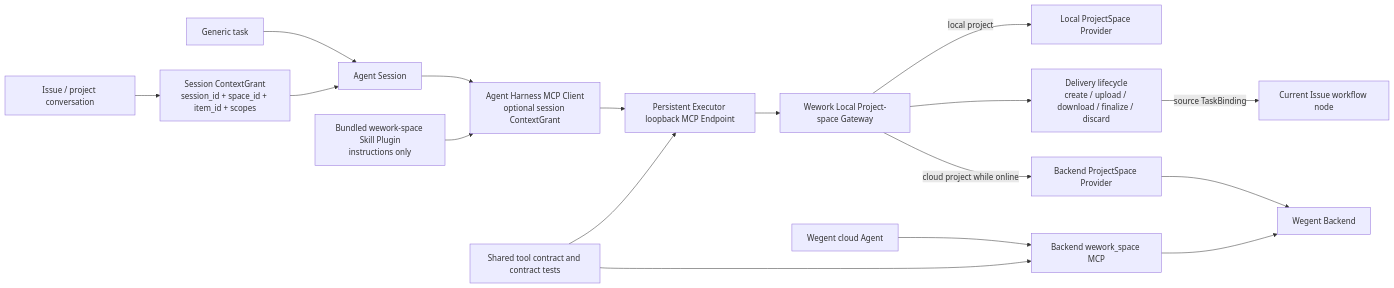
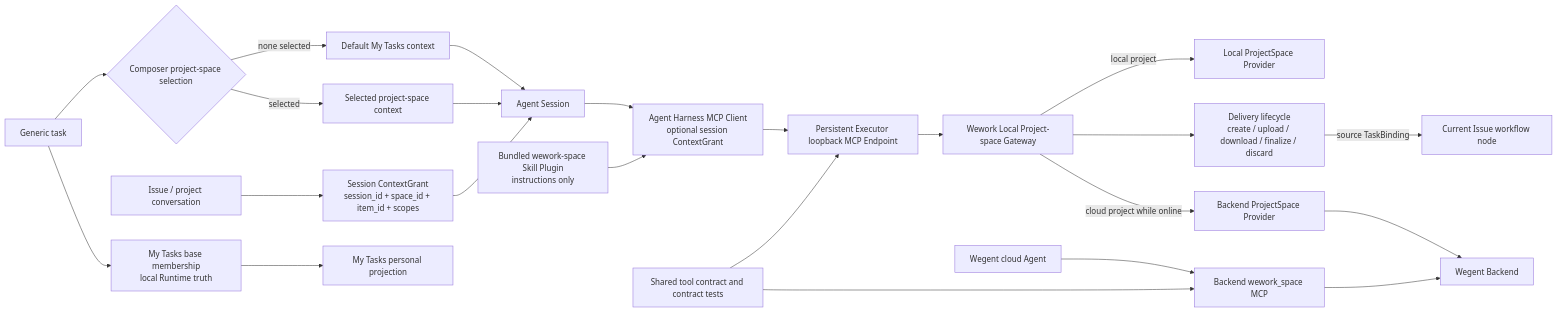
Before and after one commit to wecode-ai/Wegent: the first of 2 diagrams in docs/en/architecture/project-space-agent-capability.md, drawn with Mermaid. The commit also changed other lines of this file and 13 other files, not shown here.

Commit message:
fix(wework): expose project space selector

````diff
--- a/docs/en/architecture/project-space-agent-capability.md
+++ b/docs/en/architecture/project-space-agent-capability.md
@@ -9,19 +9,25 @@
 ```mermaid
 flowchart LR
     ISSUE[Issue / project conversation] --> GRANT[Session ContextGrant<br/>session_id + space_id + item_id + scopes]
-    GENERIC[Generic task] --> SESSION[Agent Session]
+    GENERIC[Generic task] --> MY_TASKS[My Tasks base membership<br/>local Runtime truth]
+    GENERIC --> ROUTE{Composer project-space selection}
+    ROUTE -->|none selected| DEFAULT_CONTEXT[Default My Tasks context]
+    ROUTE -->|selected| SELECTED[Selected project-space context]
+    DEFAULT_CONTEXT --> SESSION[Agent Session]
+    SELECTED --> SESSION
+    MY_TASKS --> MY_WORK[My Tasks personal projection]
     GRANT --> SESSION
     SESSION --> CLIENT[Agent Harness MCP Client<br/>optional session ContextGrant]
     CLIENT --> ENDPOINT[Persistent Executor loopback MCP Endpoint]
     PLUGIN[Bundled wework-space Skill Plugin<br/>instructions only] --> CLIENT
     ENDPOINT --> GATEWAY[Wework Local Project-space Gateway]
     GATEWAY -->|local project| LOCAL[Local ProjectSpace Provider]
     GATEWAY -->|cloud project while online| REMOTE[Backend ProjectSpace Provider]
     REMOTE --> BACKEND[Wegent Backend]
     GATEWAY --> DELIVERY[Delivery lifecycle<br/>create / upload / download / finalize / discard]
     DELIVERY -->|source TaskBinding| ISSUE_STAGE[Current Issue workflow node]
     CLOUD[Wegent cloud Agent] --> BACKEND_MCP[Backend wework_space MCP]
     BACKEND_MCP --> BACKEND
     CONTRACT[Shared tool contract and contract tests] --> ENDPOINT
     CONTRACT --> BACKEND_MCP
 ```
````
